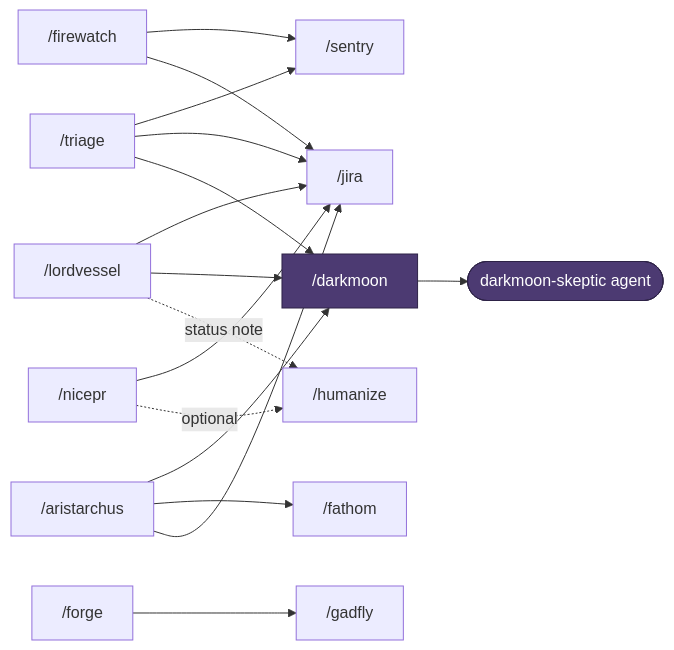
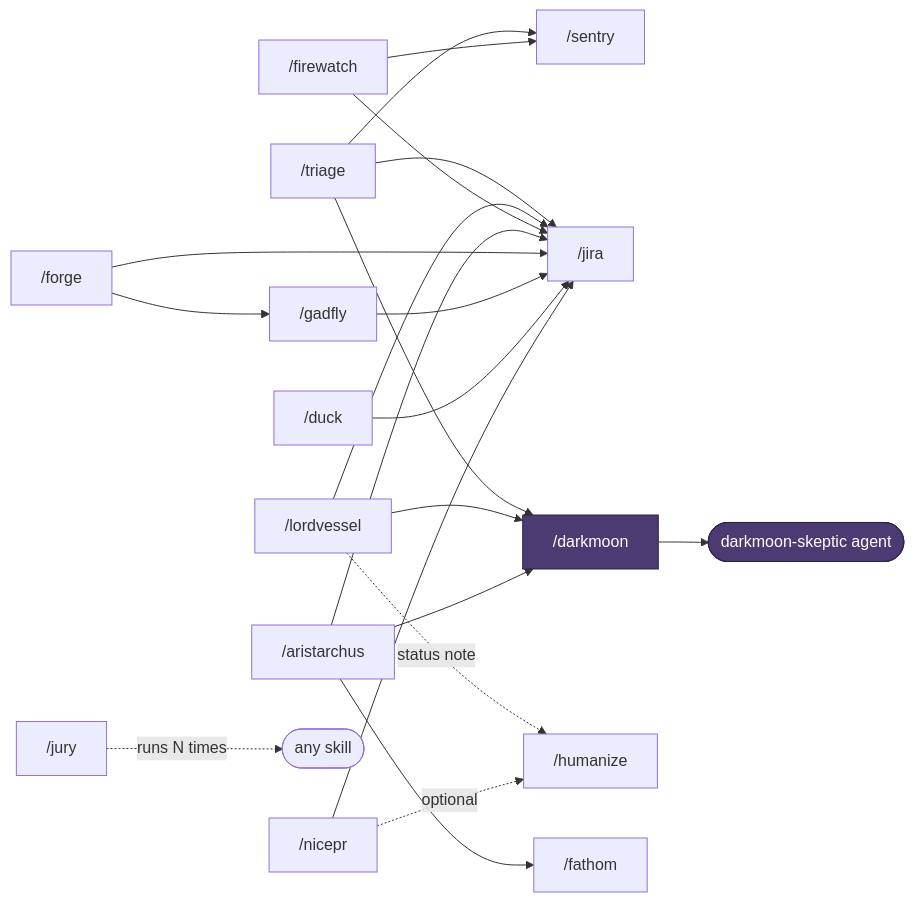
One commit to sgtlaugh/skills changed the diagram in README.md. Above: the diagram before and after it, drawn with Mermaid. The commit also changed other lines of this file and 1 other file, not shown here.

````diff
--- a/README.md
+++ b/README.md
@@ -109,21 +79,25 @@
 ```mermaid
 flowchart LR
     triage["/triage"] --> sentry["/sentry"]
     triage --> jira["/jira"]
     triage --> darkmoon["/darkmoon"]
     lordvessel["/lordvessel"] --> jira
     lordvessel --> darkmoon
     lordvessel -. status note .-> humanize
     firewatch["/firewatch"] --> sentry
     firewatch --> jira
     aristarchus["/aristarchus"] --> darkmoon
     aristarchus --> fathom["/fathom"]
     aristarchus --> jira
     forge["/forge"] --> gadfly["/gadfly"]
+    forge --> jira
+    gadfly --> jira
+    duck["/duck"] --> jira
     nicepr["/nicepr"] --> jira
     nicepr -. optional .-> humanize["/humanize"]
+    jury["/jury"] -. runs N times .-> anyskill([any skill])
     darkmoon --> skeptic([darkmoon-skeptic agent])
 
     classDef verifier fill:#4c3a72,stroke:#2e2347,color:#fff
     class darkmoon,skeptic verifier
 ```
````
